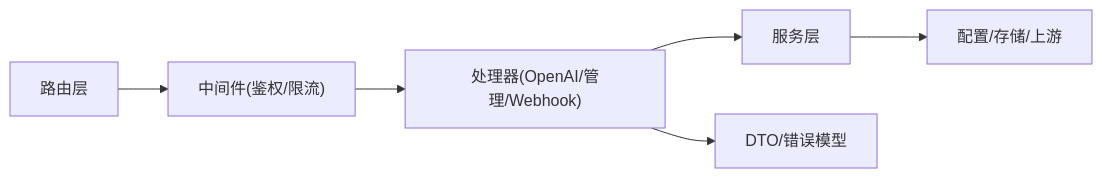
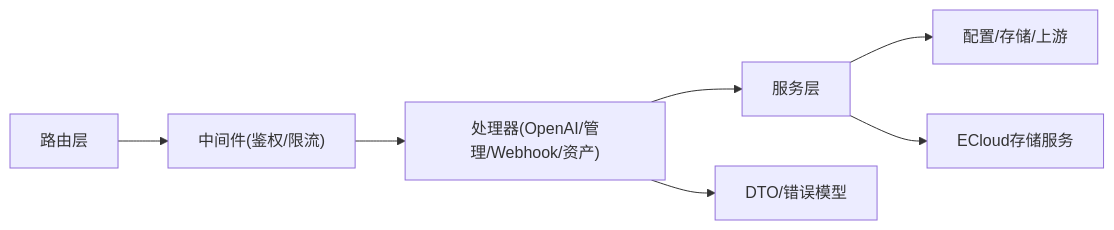
One commit to zhaodechao2008/new-api changed the eighth of 8 diagrams in .qoder/repowiki/zh/content/API参考/API参考.md. Above: the diagram before and after it, drawn with Mermaid. The commit also changed other lines of this file and 274 other files, not shown here.

````diff
--- a/.qoder/repowiki/zh/content/API参考/API参考.md
+++ b/.qoder/repowiki/zh/content/API参考/API参考.md
@@ -316,8 +405,9 @@
 ```mermaid
 graph LR
 A["路由层"] --> B["中间件(鉴权/限流)"]
-B --> C["处理器(OpenAI/管理/Webhook)"]
+B --> C["处理器(OpenAI/管理/Webhook/资产)"]
 C --> D["服务层"]
 D --> E["配置/存储/上游"]
-C --> F["DTO/错误模型"]
+D --> F["ECloud存储服务"]
+C --> G["DTO/错误模型"]
 ```
````
